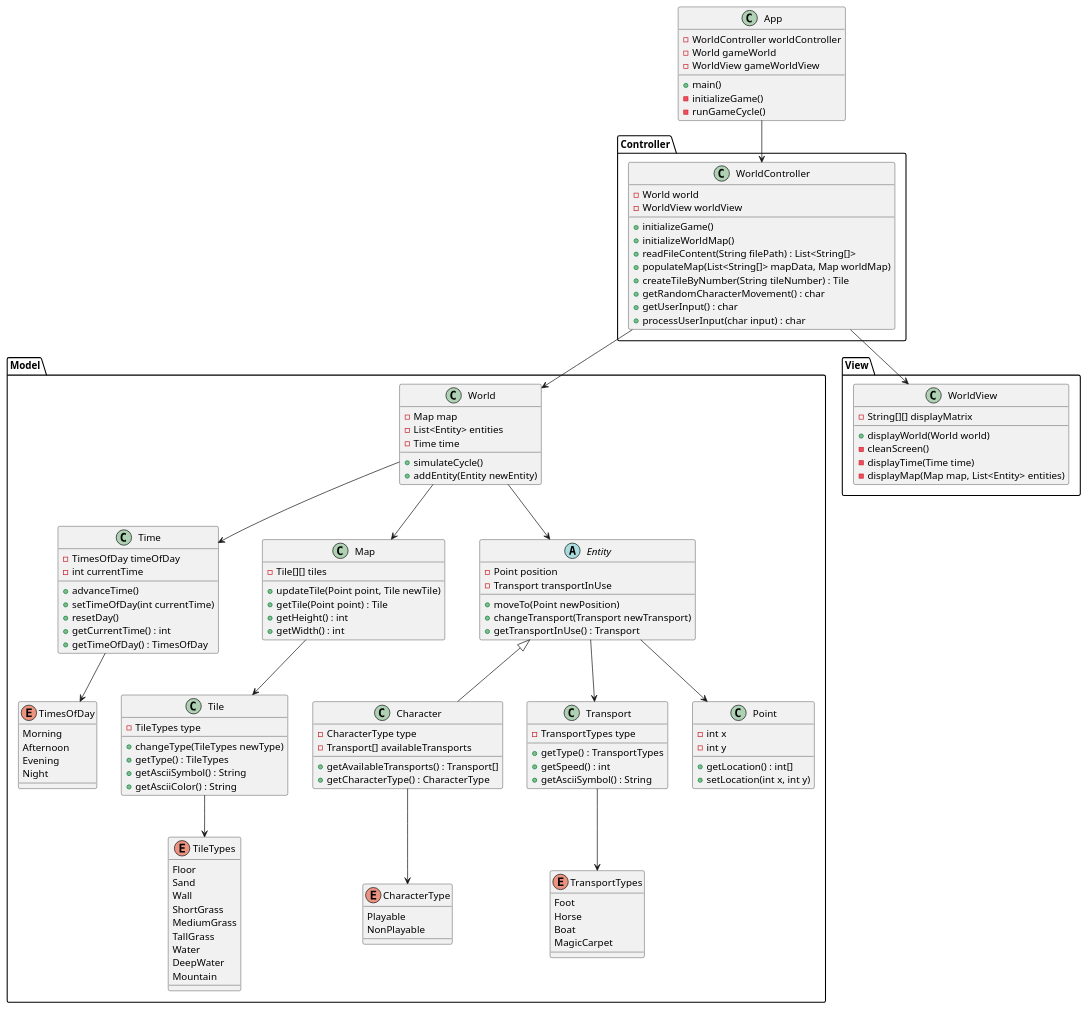
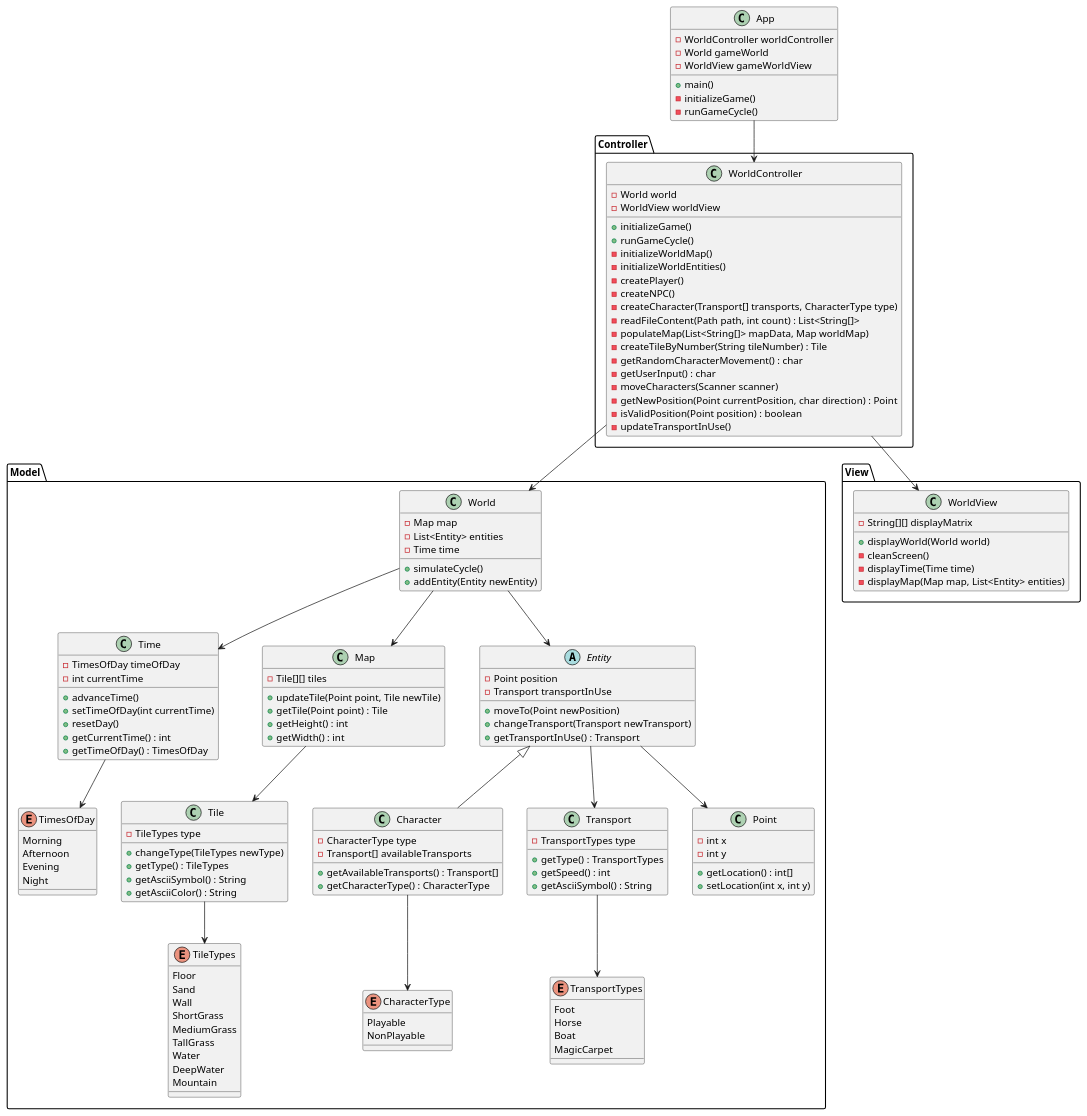
One commit to mmasias/23-24-IdSw2-SDD changed the diagram in docs/modelosUML/diagramaDeAplicacion.puml. Above: the diagram before and after it, drawn with PlantUML. The commit also changed 2 other files, not shown here.

Commit message:
ASolucionando conflictos y actualizando el archivo WorldView

```diff
--- a/docs/modelosUML/diagramaDeAplicacion.puml
+++ b/docs/modelosUML/diagramaDeAplicacion.puml
@@ -1,157 +1,165 @@
 @startuml DiagramaDeAplicacion
 
 class App {
     - WorldController worldController
     - World gameWorld
     - WorldView gameWorldView
 
     + main()
     - initializeGame()
     - runGameCycle()
 }
 
 package "Model" {
     class World {
         - Map map
         - List<Entity> entities
         - Time time
 
         + simulateCycle()
         + addEntity(Entity newEntity)
     }
 
     class Time {
         - TimesOfDay timeOfDay
         - int currentTime
 
         + advanceTime()
         + setTimeOfDay(int currentTime)
         + resetDay()
         + getCurrentTime() : int
         + getTimeOfDay() : TimesOfDay
     }
 
     class Map {
         - Tile[][] tiles
 
         + updateTile(Point point, Tile newTile)
         + getTile(Point point) : Tile
         + getHeight() : int
         + getWidth() : int
     }
 
     class Tile {
         - TileTypes type
 
         + changeType(TileTypes newType)
         + getType() : TileTypes
         + getAsciiSymbol() : String
         + getAsciiColor() : String
     }
 
     abstract class Entity {
         - Point position
         - Transport transportInUse
 
         + moveTo(Point newPosition)
         + changeTransport(Transport newTransport)
         + getTransportInUse() : Transport
     }
 
     class Character extends Entity {
         - CharacterType type
         - Transport[] availableTransports
 
         + getAvailableTransports() : Transport[]
         + getCharacterType() : CharacterType
     }
 
     class Transport {
         - TransportTypes type
 
         + getType() : TransportTypes
         + getSpeed() : int
         + getAsciiSymbol() : String
     }
 
     class Point {
         - int x
         - int y
 
         + getLocation() : int[]
         + setLocation(int x, int y)
     }
 
     enum TileTypes {
         Floor
         Sand
         Wall
         ShortGrass
         MediumGrass
         TallGrass
         Water
         DeepWater
         Mountain
     }
 
     enum TimesOfDay {
         Morning
         Afternoon
         Evening
         Night
     }
 
     enum TransportTypes {
         Foot
         Horse
         Boat
         MagicCarpet
     }
 
     enum CharacterType {
         Playable
         NonPlayable
     }
 }
 
 package "View" {
     class WorldView {
         - String[][] displayMatrix
 
         + displayWorld(World world)
         - cleanScreen()
         - displayTime(Time time)
         - displayMap(Map map, List<Entity> entities)
     }
 }
 
 package "Controller" {
     class WorldController {
         - World world
         - WorldView worldView
 
         + initializeGame()
-        + initializeWorldMap()
-        + readFileContent(String filePath) : List<String[]>
-        + populateMap(List<String[]> mapData, Map worldMap)
-        + createTileByNumber(String tileNumber) : Tile
-        + getRandomCharacterMovement() : char
-        + getUserInput() : char
-        + processUserInput(char input) : char
+        + runGameCycle()
+        - initializeWorldMap()
+        - initializeWorldEntities()
+        - createPlayer()
+        - createNPC()
+        - createCharacter(Transport[] transports, CharacterType type)
+        - readFileContent(Path path, int count) : List<String[]>
+        - populateMap(List<String[]> mapData, Map worldMap)
+        - createTileByNumber(String tileNumber) : Tile
+        - getRandomCharacterMovement() : char
+        - getUserInput() : char
+        - moveCharacters(Scanner scanner)
+        - getNewPosition(Point currentPosition, char direction) : Point
+        - isValidPosition(Point position) : boolean
+        - updateTransportInUse()
     }
 }
 
 World --> Map
 World --> Entity
 World --> Time
 Map --> Tile
 Tile --> TileTypes
 Entity --> Point
 Entity --> Transport
 Transport --> TransportTypes
 Time --> TimesOfDay
 Character --> CharacterType
 WorldController --> World
 WorldController --> WorldView
 App --> WorldController
 @enduml
```
